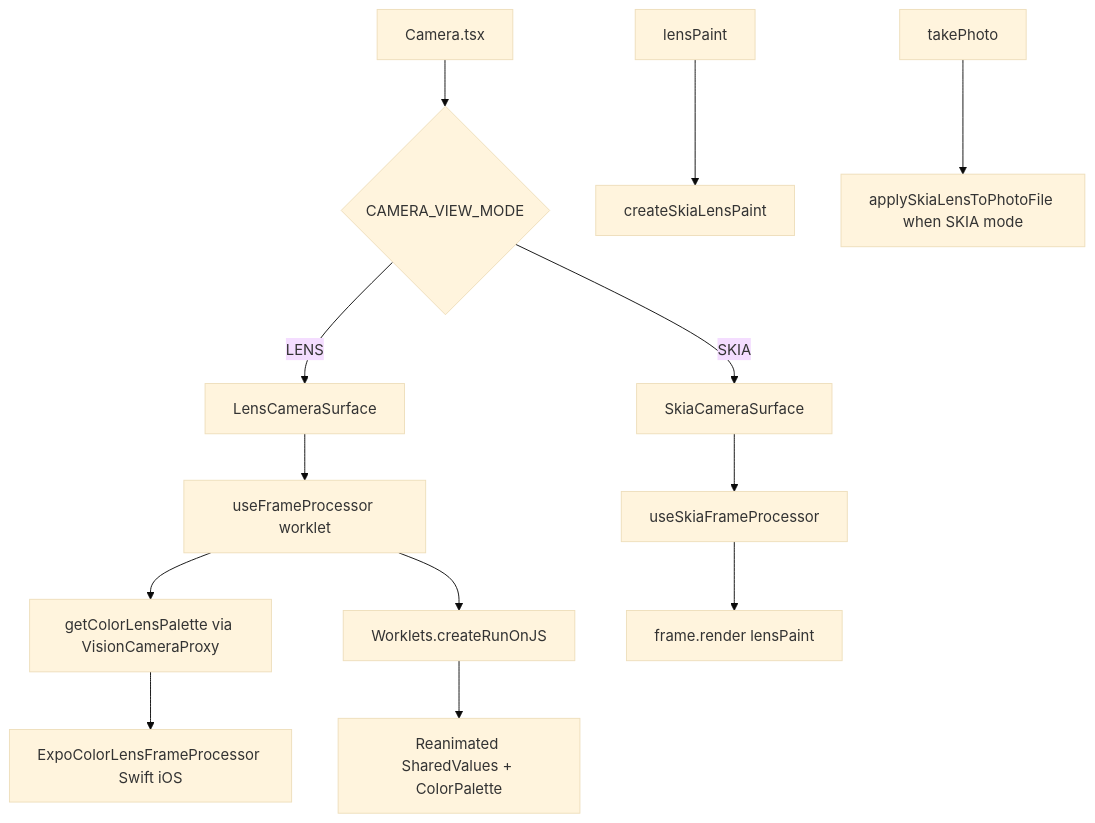
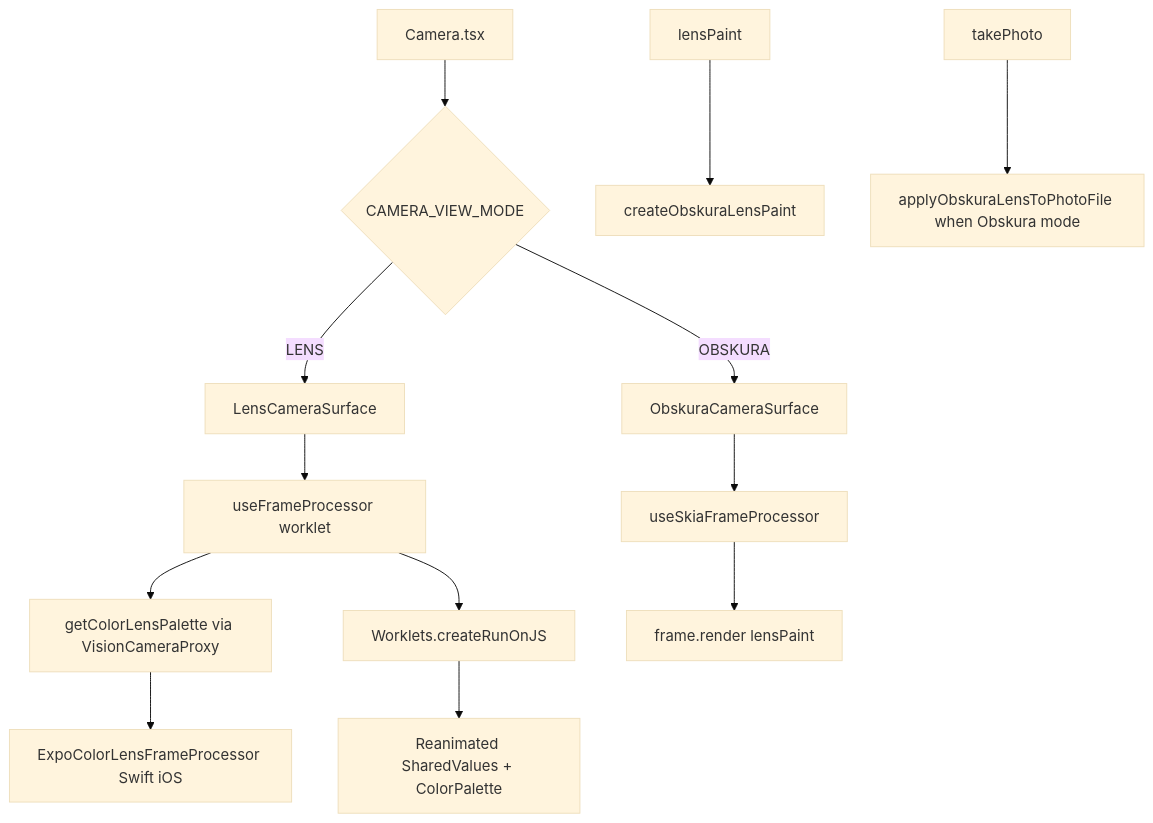
One commit to keithbmccall/affirmations changed the second of 2 diagrams in lib/features/Lens/README.md. Above: the diagram before and after it, drawn with Mermaid (base theme). The commit also changed other lines of this file and 14 other files, not shown here.

````diff
--- a/lib/features/Lens/README.md
+++ b/lib/features/Lens/README.md
@@ -146,15 +146,15 @@
 ```mermaid
 flowchart TB
   Camera[Camera.tsx] --> mode{CAMERA_VIEW_MODE}
   mode -->|LENS| LensSurface[LensCameraSurface]
-  mode -->|SKIA| SkiaSurface[SkiaCameraSurface]
+  mode -->|OBSKURA| ObskuraSurface[ObskuraCameraSurface]
   LensSurface --> useFP[useFrameProcessor worklet]
   useFP --> plugin[getColorLensPalette via VisionCameraProxy]
   plugin --> ios[ExpoColorLensFrameProcessor Swift iOS]
   useFP --> runOnJS[Worklets.createRunOnJS]
   runOnJS --> paletteUI[Reanimated SharedValues + ColorPalette]
-  SkiaSurface --> useSkia[useSkiaFrameProcessor]
+  ObskuraSurface --> useSkia[useSkiaFrameProcessor]
   useSkia --> render[frame.render lensPaint]
-  lensPaint --> createPaint[createSkiaLensPaint]
-  capture[takePhoto] --> applyStill[applySkiaLensToPhotoFile when SKIA mode]
+  lensPaint --> createPaint[createObskuraLensPaint]
+  capture[takePhoto] --> applyStill[applyObskuraLensToPhotoFile when Obskura mode]
 ```
````
